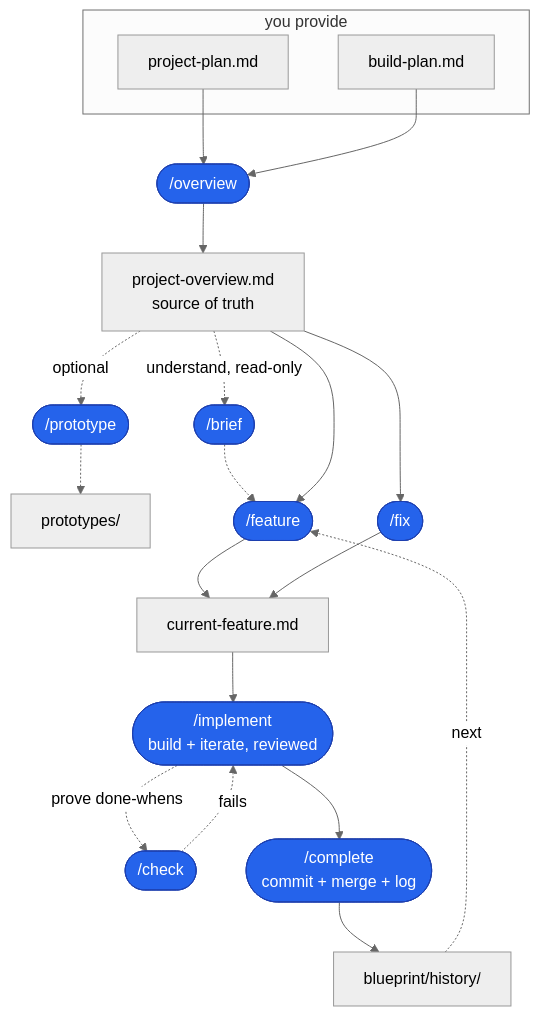
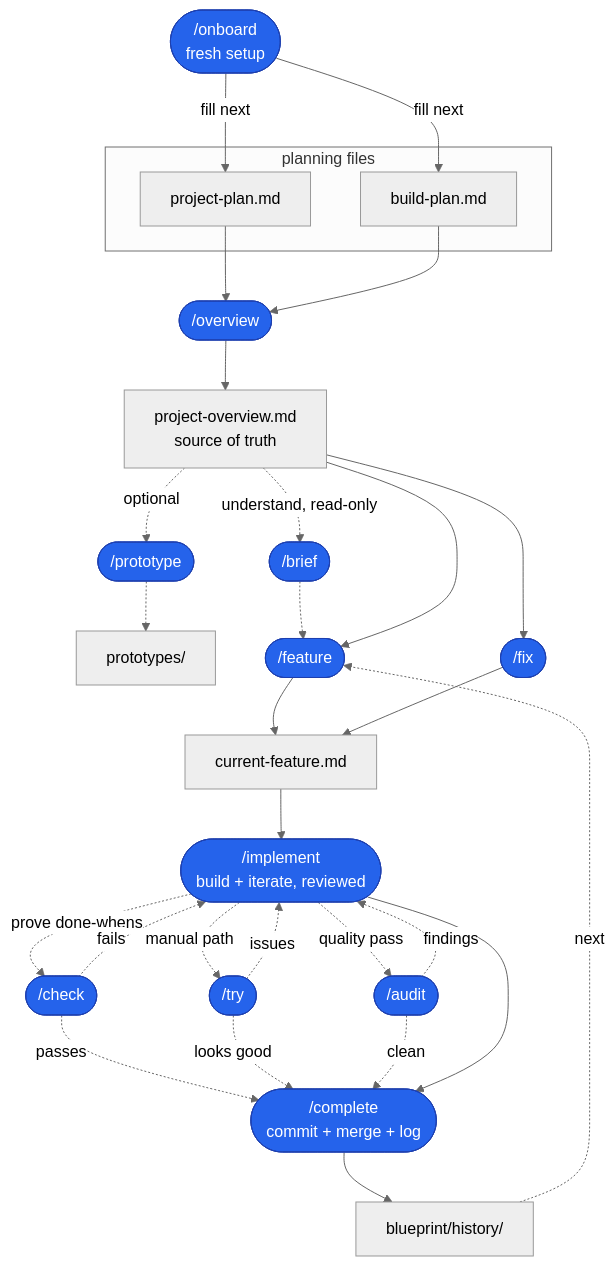
The diagram in README.md (Kudastech/ai-blueprint), drawn with Mermaid (neutral theme) before and after one commit. The commit also changed other lines of this file, not shown here.

Commit message:
docs: update README workflow diagram

````diff
--- a/README.md
+++ b/README.md
@@ -181,29 +187,40 @@
 ```mermaid
 flowchart TD
-    subgraph you["you provide"]
+    OB(["/onboard<br/>fresh setup"])
+
+    subgraph planning["planning files"]
         PP["project-plan.md"]
         BPL["build-plan.md"]
     end
 
+    OB -->|fill next| PP
+    OB -->|fill next| BPL
     PP --> OV(["/overview"])
     BPL --> OV
     OV --> POV["project-overview.md<br/>source of truth"]
     POV -.->|optional| PT(["/prototype"])
     PT -.-> PRO["prototypes/"]
     POV -.->|understand, read-only| BR(["/brief"])
     BR -.-> FT
 
     POV --> FT(["/feature"])
     POV --> FX(["/fix"])
     FT --> CF["current-feature.md"]
     FX --> CF
     CF --> IM(["/implement<br/>build + iterate, reviewed"])
     IM -.->|prove done-whens| CK(["/check"])
+    IM -.->|manual path| TRY(["/try"])
+    IM -.->|quality pass| AU(["/audit"])
     CK -.->|fails| IM
+    TRY -.->|issues| IM
+    AU -.->|findings| IM
+    CK -.->|passes| CP
+    TRY -.->|looks good| CP
+    AU -.->|clean| CP
     IM --> CP(["/complete<br/>commit + merge + log"])
     CP --> AR["blueprint/history/"]
     AR -.->|next| FT
 
     classDef skill fill:#2563eb,stroke:#1e40af,color:#ffffff;
-    class OV,PT,BR,FT,FX,IM,CP,CK skill;
+    class OB,OV,PT,BR,FT,FX,IM,CP,CK,TRY,AU skill;
 ```
````
